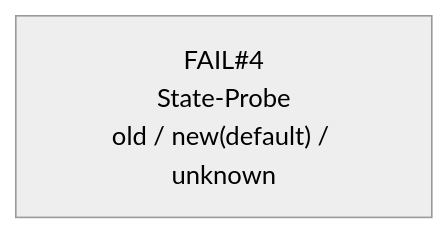
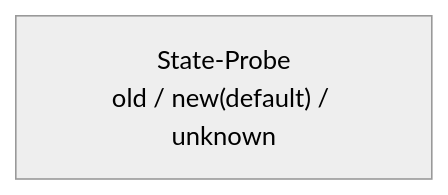
One commit to me-systeme/StartupCAN changed diagram 22 of 23 in README.md. Above: the diagram before and after it, drawn with Mermaid (neutral theme). The commit also changed other lines of this file and 2 other files, not shown here.

````diff
--- a/README.md
+++ b/README.md
@@ -502,4 +547,4 @@
 ```mermaid
 flowchart TD
-A["FAIL#4<br/>State-Probe<br/>old / new(default) / unknown"]
+A["State-Probe<br/>old / new(default) / unknown"]
 ```
````
